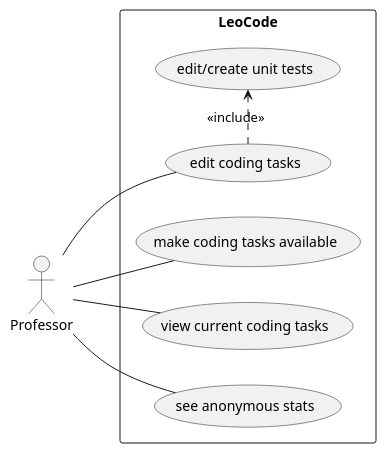
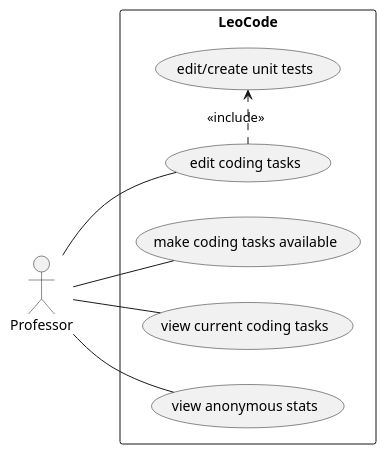
Before and after one commit to htl-leonding-project/leo-code: the first of 3 diagrams in asciidocs/system-specification.adoc, drawn with PlantUML. The commit also changed other lines of this file, not shown here.

Commit message:
Corrected Use-Case Diagramm #15

```diff
--- a/asciidocs/system-specification.adoc
+++ b/asciidocs/system-specification.adoc
@@ -52,20 +52,20 @@
 [plantuml]
 ----
 
 @startuml
 
 left to right direction
 :Professor:
 
 rectangle LeoCode{
 
 Professor -- (make coding tasks available)
 Professor -- (view current coding tasks)
 Professor -- (edit coding tasks)
-Professor -- (see anonymous stats)
+Professor -- (view anonymous stats)
 (edit coding tasks) .> (edit/create unit tests) : <<include>>
 
 }
 
 @enduml
 ----
```
